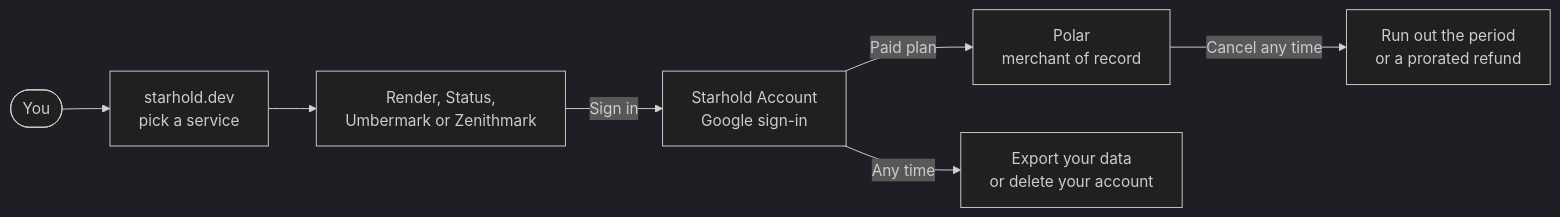
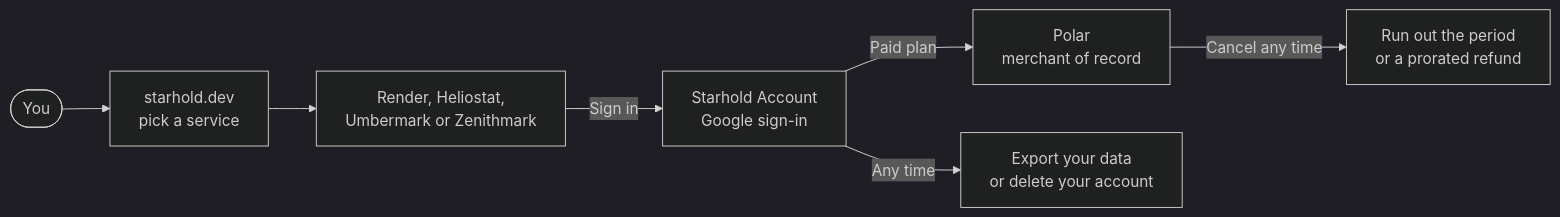
One commit to Quadstronaut/Starhold changed the diagram in README.md. Above: the diagram before and after it, drawn with Mermaid (dark theme). The commit also changed other lines of this file and 8 other files, not shown here.

````diff
--- a/README.md
+++ b/README.md
@@ -48,9 +48,9 @@
 ```mermaid
 flowchart LR
     You(["You"]) --> Store["starhold.dev<br/>pick a service"]
-    Store --> Product["Render, Status,<br/>Umbermark or Zenithmark"]
+    Store --> Product["Render, Heliostat,<br/>Umbermark or Zenithmark"]
     Product -->|Sign in| Account["Starhold Account<br/>Google sign-in"]
     Account -->|Paid plan| Polar["Polar<br/>merchant of record"]
     Account -->|Any time| Data["Export your data<br/>or delete your account"]
     Polar -->|Cancel any time| Refund["Run out the period<br/>or a prorated refund"]
 ```
````
